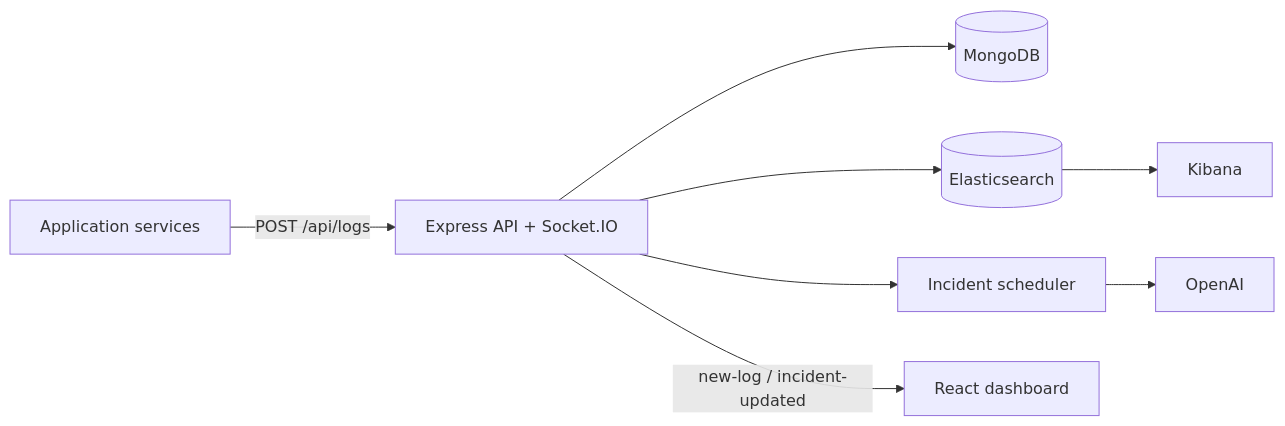
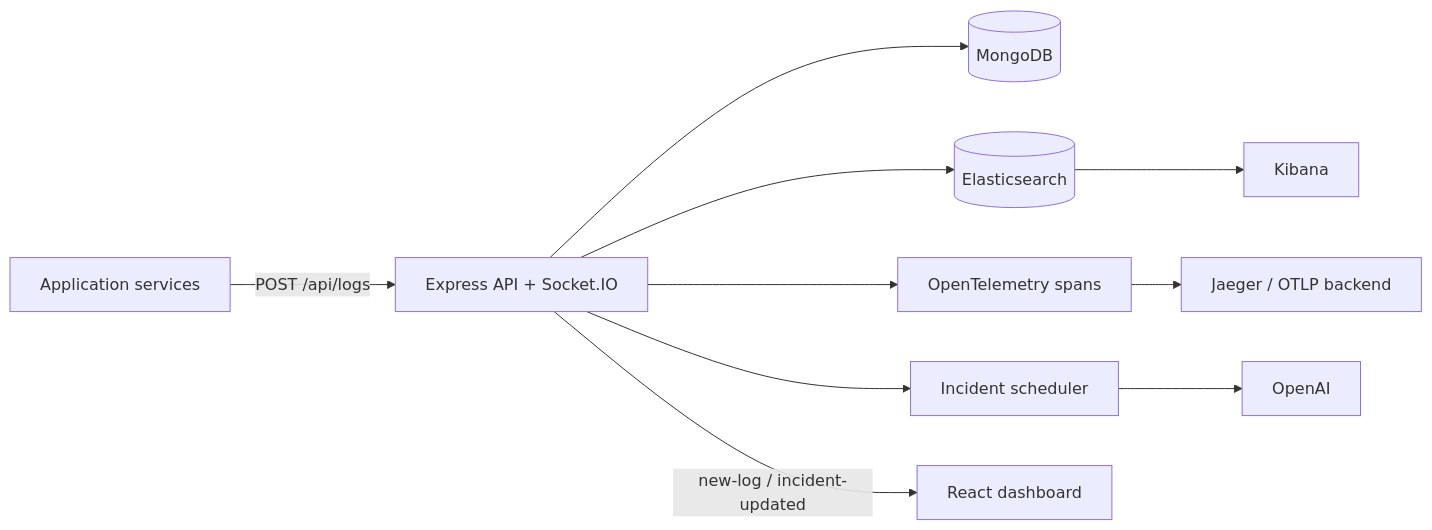
One commit to saurabh12571257/AI-Powered-Observability-Platform changed the diagram in README.md. Above: the diagram before and after it, drawn with Mermaid. The commit also changed other lines of this file and 13 other files, not shown here.

Commit message:
complete OpenTelemetry trace correlation

````diff
--- a/README.md
+++ b/README.md
@@ -26,10 +28,12 @@
 ```mermaid
 flowchart LR
     A["Application services"] -->|"POST /api/logs"| B["Express API + Socket.IO"]
     B --> C[("MongoDB")]
     B --> D[("Elasticsearch")]
+    B --> I["OpenTelemetry spans"]
     B --> E["Incident scheduler"]
     E --> F["OpenAI"]
     B -->|"new-log / incident-updated"| G["React dashboard"]
     D --> H["Kibana"]
+    I --> J["Jaeger / OTLP backend"]
 ```
````
